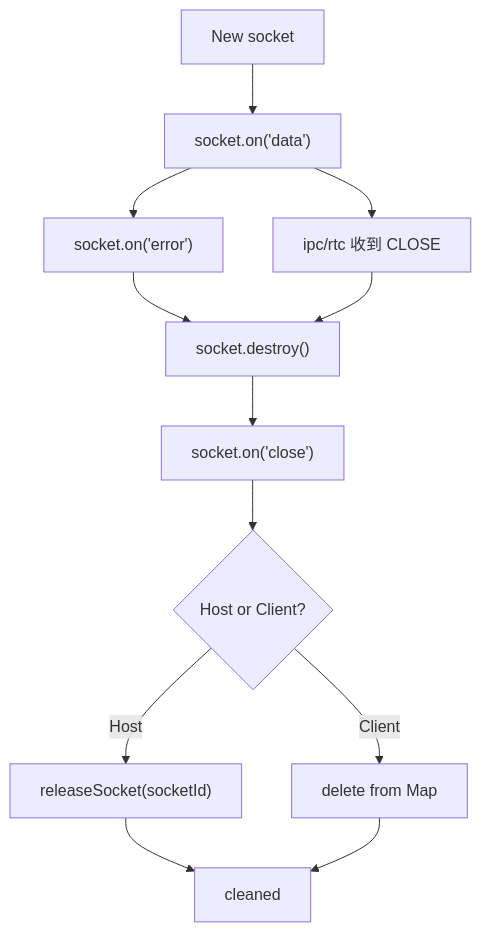
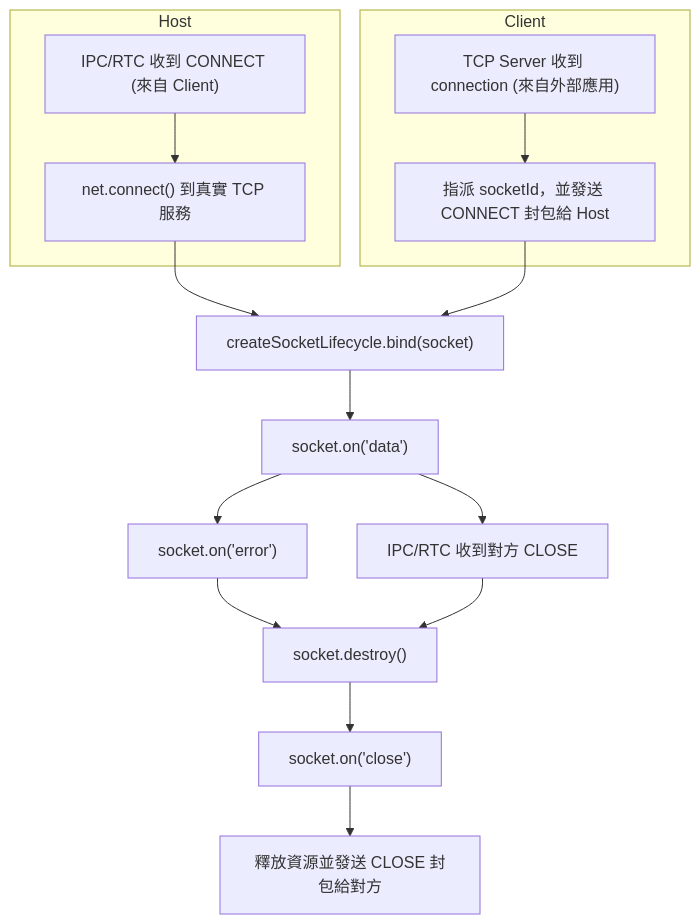
The second of 2 diagrams in README.md (1ureka/1ureka.net.p2p), drawn with Mermaid before and after one commit. The commit also changed other lines of this file, not shown here.

Commit message:
更新 README.md，調整 Socket 生命週期流程圖，簡化資源釋放策略描述

````diff
--- a/README.md
+++ b/README.md
@@ -85,20 +85,26 @@
 ```mermaid
 flowchart TD
 
-  A["New socket"] --> B["socket.on('data')"]
+  subgraph Host
+    H1["IPC/RTC 收到 CONNECT (來自 Client)"]
+    H1 --> H2["net.connect() 到真實 TCP 服務"]
+  end
+
+  subgraph Client
+    C1["TCP Server 收到 connection (來自外部應用)"]
+    C1 --> C2["指派 socketId，並發送 CONNECT 封包給 Host"]
+  end
+
+  H2 & C2 --> A["createSocketLifecycle.bind(socket)"]
+
+  A --> B["socket.on('data')"]
 
   B --> C["socket.on('error')"]
-  B --> D["ipc/rtc 收到 CLOSE"]
+  B --> D["IPC/RTC 收到對方 CLOSE"]
 
   C --> E["socket.destroy()"]
   D --> E["socket.destroy()"]
 
   E --> F["socket.on('close')"]
-
-  F --> G{"Host or Client?"}
-  G -->|Host| H["releaseSocket(socketId)"]
-  G -->|Client| I["delete from Map"]
-
-  H --> J["cleaned"]
-  I --> J["cleaned"]
+  F --> G["釋放資源並發送 CLOSE 封包給對方"]
 ```
````
